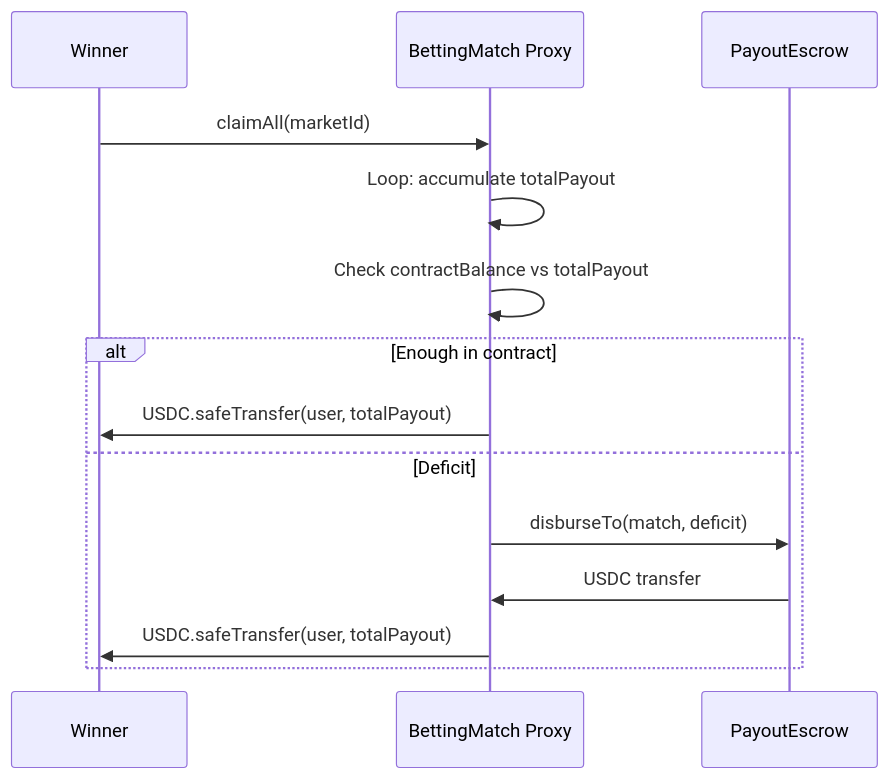
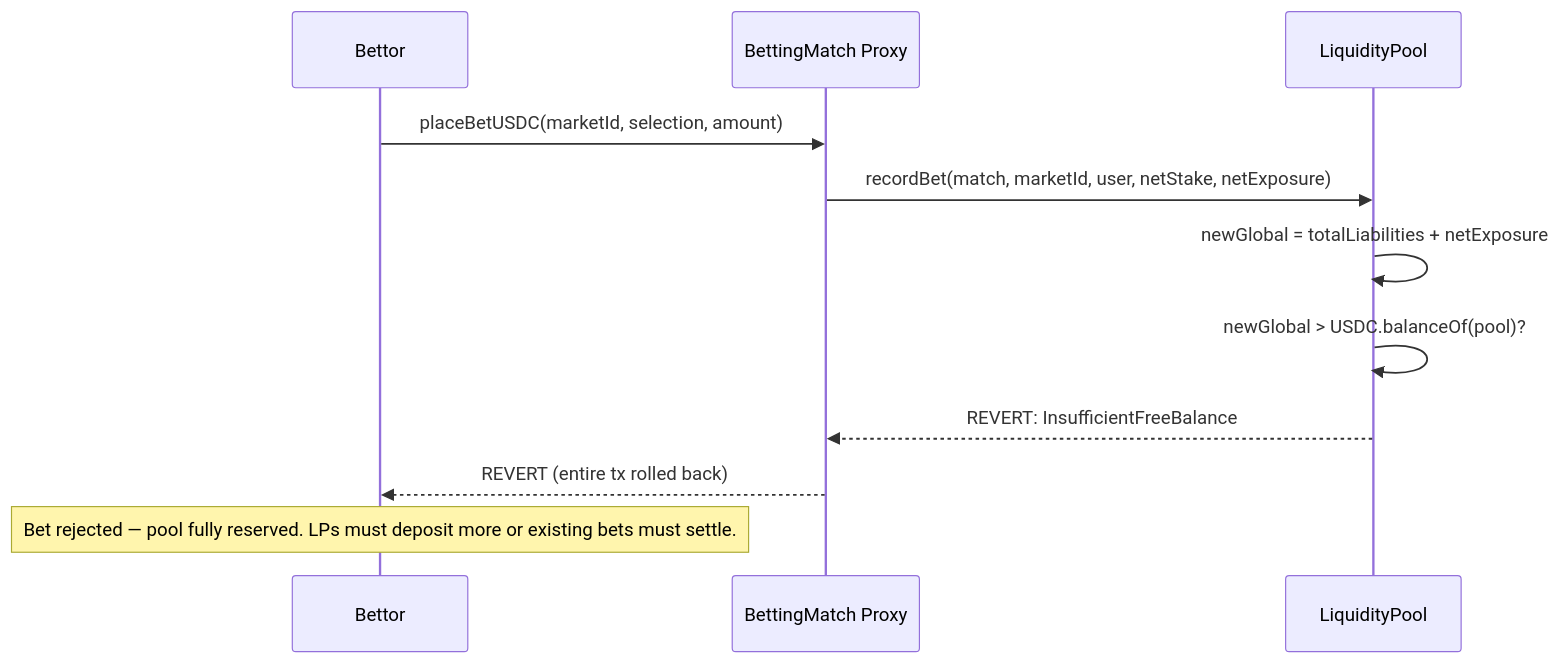
One commit to ChilizTV/smart-contracts changed the third of 3 diagrams in chiliz-tv/docs/payout.md. Above: the diagram before and after it, drawn with Mermaid. The commit also changed other lines of this file and 8 other files, not shown here.

````diff
--- a/chiliz-tv/docs/payout.md
+++ b/chiliz-tv/docs/payout.md
@@ -80,17 +88,14 @@
 ```mermaid
 sequenceDiagram
-    participant User as Winner
+    participant User as Bettor
     participant Match as BettingMatch Proxy
-    participant Escrow as PayoutEscrow
+    participant Pool as LiquidityPool
 
-    User->>Match: claimAll(marketId)
-    Match->>Match: Loop: accumulate totalPayout
-    Match->>Match: Check contractBalance vs totalPayout
-    alt Enough in contract
-        Match->>User: USDC.safeTransfer(user, totalPayout)
-    else Deficit
-        Match->>Escrow: disburseTo(match, deficit)
-        Escrow->>Match: USDC transfer
-        Match->>User: USDC.safeTransfer(user, totalPayout)
-    end
+    User->>Match: placeBetUSDC(marketId, selection, amount)
+    Match->>Pool: recordBet(match, marketId, user, netStake, netExposure)
+    Pool->>Pool: newGlobal = totalLiabilities + netExposure
+    Pool->>Pool: newGlobal > USDC.balanceOf(pool)?
+    Pool-->>Match: REVERT: InsufficientFreeBalance
+    Match-->>User: REVERT (entire tx rolled back)
+    Note over User: Bet rejected — pool fully reserved. LPs must deposit more or existing bets must settle.
 ```
````
